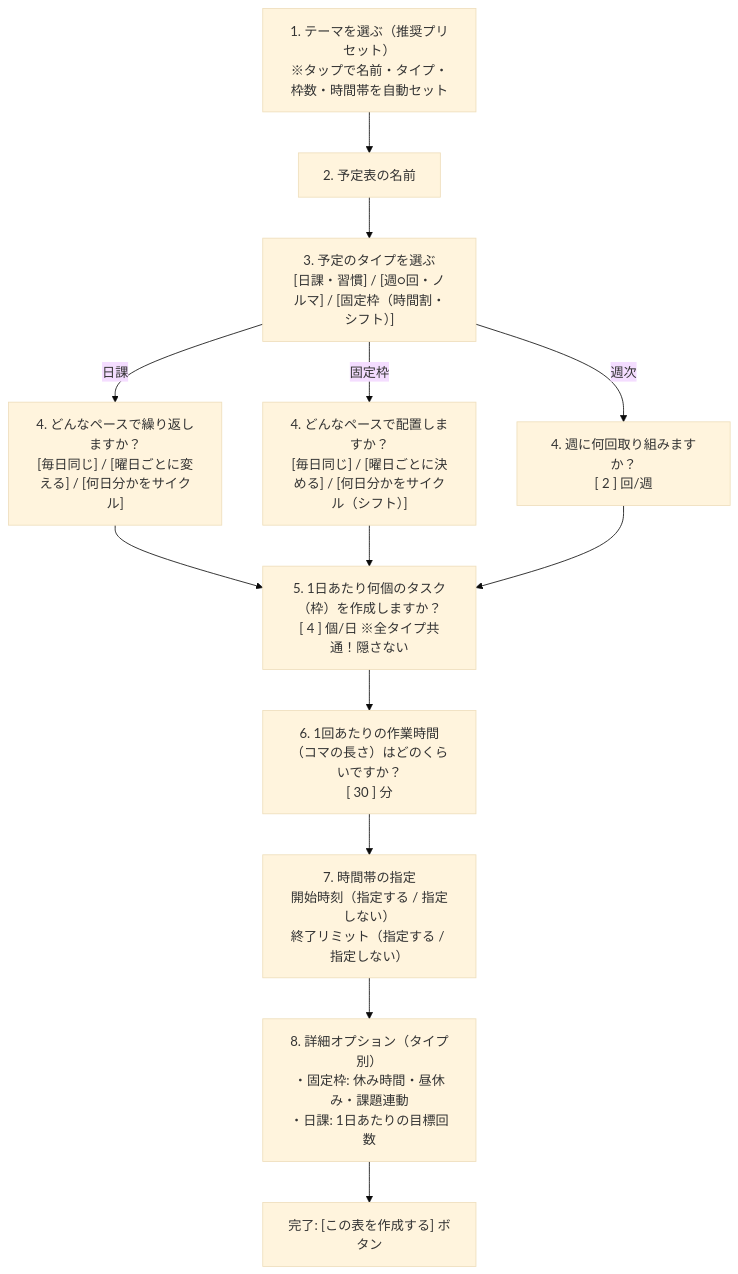
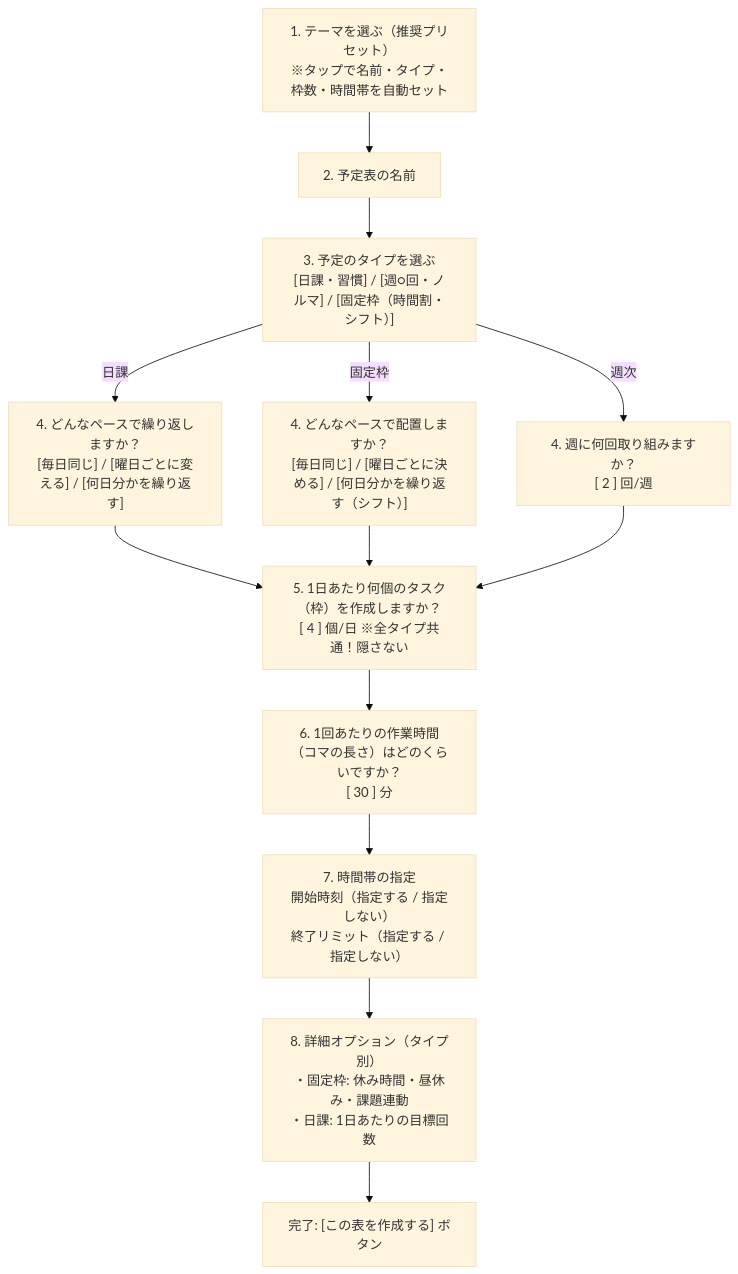
One commit to chku25062-sketch/creation_1 changed the diagram in Plan33.md. Above: the diagram before and after it, drawn with Mermaid (base theme). The commit also changed other lines of this file and 1 other file, not shown here.

Commit message:
refactor(wizard): 「何日分かを繰り返す」への名称統一

````diff
--- a/Plan33.md
+++ b/Plan33.md
@@ -89,18 +89,18 @@
 ```mermaid
 flowchart TD
     Step1["1. テーマを選ぶ（推奨プリセット）<br/>※タップで名前・タイプ・枠数・時間帯を自動セット"] --> Step2["2. 予定表の名前"]
     Step2 --> Step3["3. 予定のタイプを選ぶ<br/>[日課・習慣] / [週○回・ノルマ] / [固定枠（時間割・シフト）]"]
     
-    Step3 -->|日課| Step4_Daily["4. どんなペースで繰り返しますか？<br/>[毎日同じ] / [曜日ごとに変える] / [何日分かをサイクル]"]
-    Step3 -->|固定枠| Step4_Fixed["4. どんなペースで配置しますか？<br/>[毎日同じ] / [曜日ごとに決める] / [何日分かをサイクル（シフト）]"]
+    Step3 -->|日課| Step4_Daily["4. どんなペースで繰り返しますか？<br/>[毎日同じ] / [曜日ごとに変える] / [何日分かを繰り返す]"]
+    Step3 -->|固定枠| Step4_Fixed["4. どんなペースで配置しますか？<br/>[毎日同じ] / [曜日ごとに決める] / [何日分かを繰り返す（シフト）]"]
     Step3 -->|週次| Step4_Weekly["4. 週に何回取り組みますか？<br/>[ 2 ] 回/週"]
 
     Step4_Daily --> Step5["5. 1日あたり何個のタスク（枠）を作成しますか？<br/>[ 4 ] 個/日 ※全タイプ共通！隠さない"]
     Step4_Fixed --> Step5
     Step4_Weekly --> Step5
 
     Step5 --> Step6["6. 1回あたりの作業時間（コマの長さ）はどのくらいですか？<br/>[ 30 ] 分"]
     Step6 --> Step7["7. 時間帯の指定<br/>開始時刻（指定する / 指定しない）<br/>終了リミット（指定する / 指定しない）"]
     Step7 --> Step8["8. 詳細オプション（タイプ別）<br/>・固定枠: 休み時間・昼休み・課題連動<br/>・日課: 1日あたりの目標回数"]
     Step8 --> Step9["完了: [この表を作成する] ボタン"]
 ```
````
